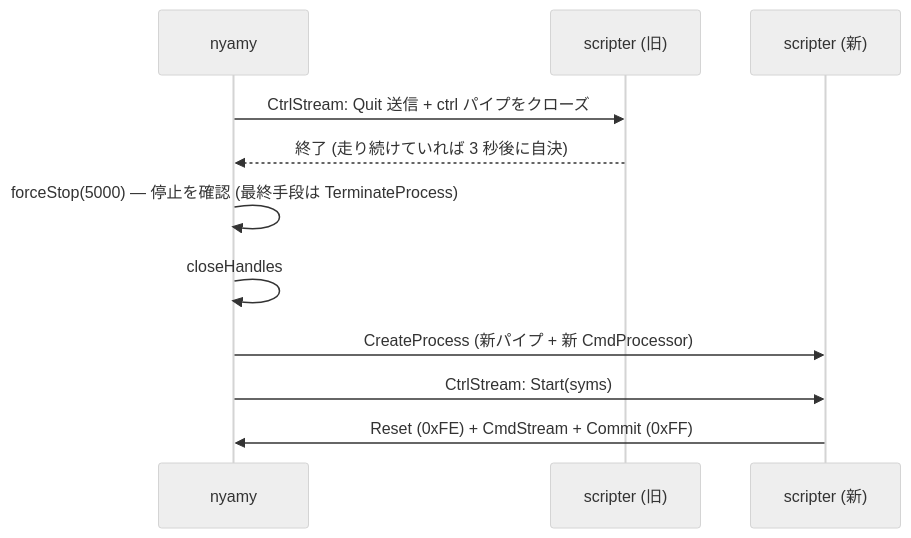
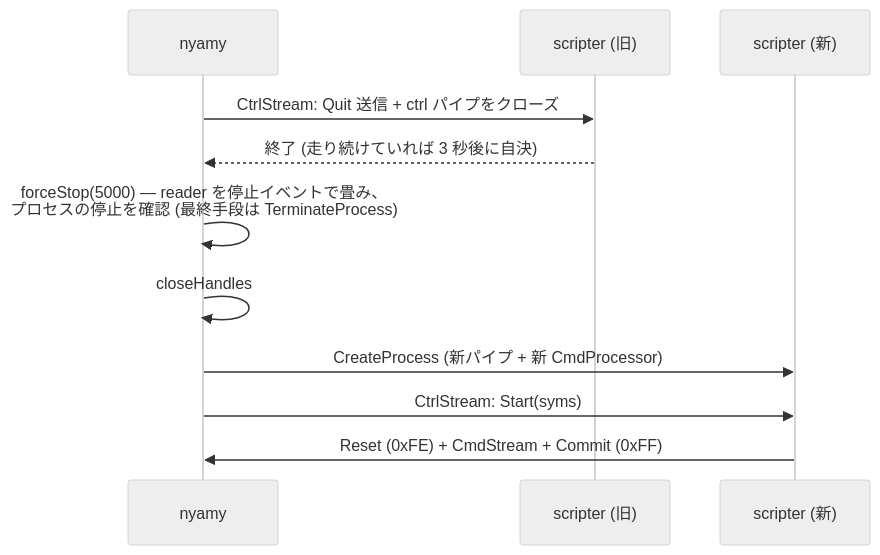
The second of 2 diagrams in doc/scripter-design/protocol.md (vmi/nyamy), drawn with Mermaid (neutral theme) before and after one commit. The commit also changed other lines of this file and 6 other files, not shown here.

````diff
--- a/doc/scripter-design/protocol.md
+++ b/doc/scripter-design/protocol.md
@@ -263,14 +258,14 @@
 ```mermaid
 sequenceDiagram
     participant nyamy
     participant old as scripter (旧)
     participant new as scripter (新)
 
     nyamy->>old: CtrlStream: Quit 送信 + ctrl パイプをクローズ
     old-->>nyamy: 終了 (走り続けていれば 3 秒後に自決)
-    nyamy->>nyamy: forceStop(5000) — 停止を確認 (最終手段は TerminateProcess)
+    nyamy->>nyamy: forceStop(5000) — reader を停止イベントで畳み、<br/>プロセスの停止を確認 (最終手段は TerminateProcess)
     nyamy->>nyamy: closeHandles
     nyamy->>new: CreateProcess (新パイプ + 新 CmdProcessor)
     nyamy->>new: CtrlStream: Start(syms)
     new->>nyamy: Reset (0xFE) + CmdStream + Commit (0xFF)
 ```
````
